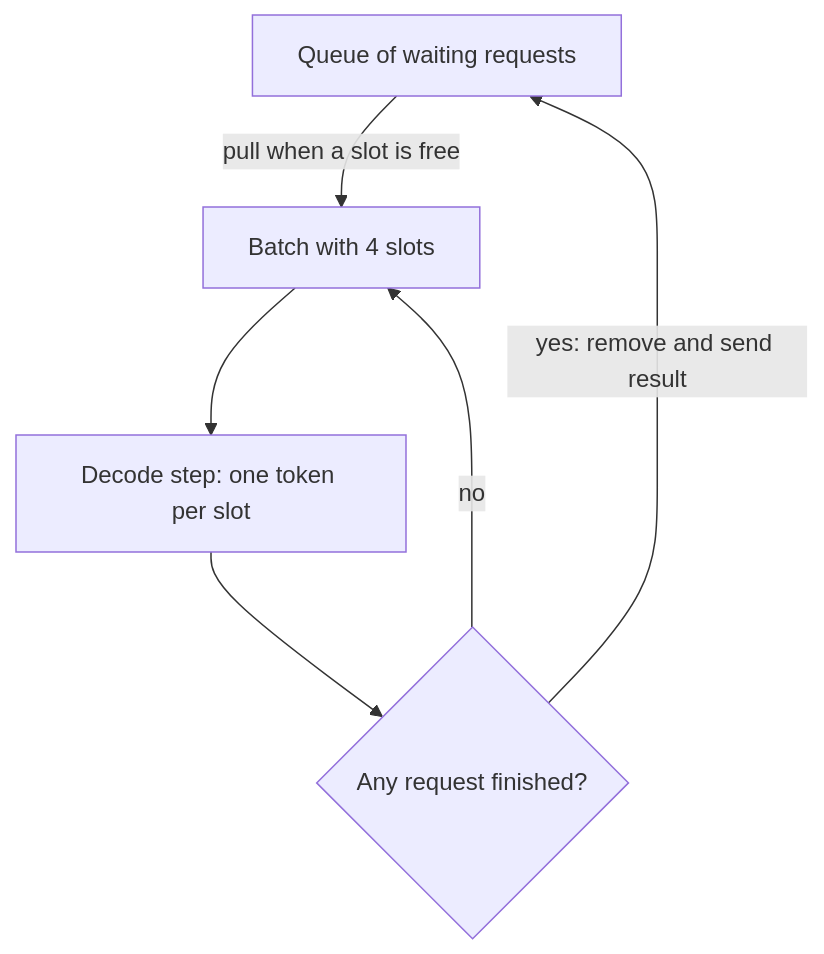
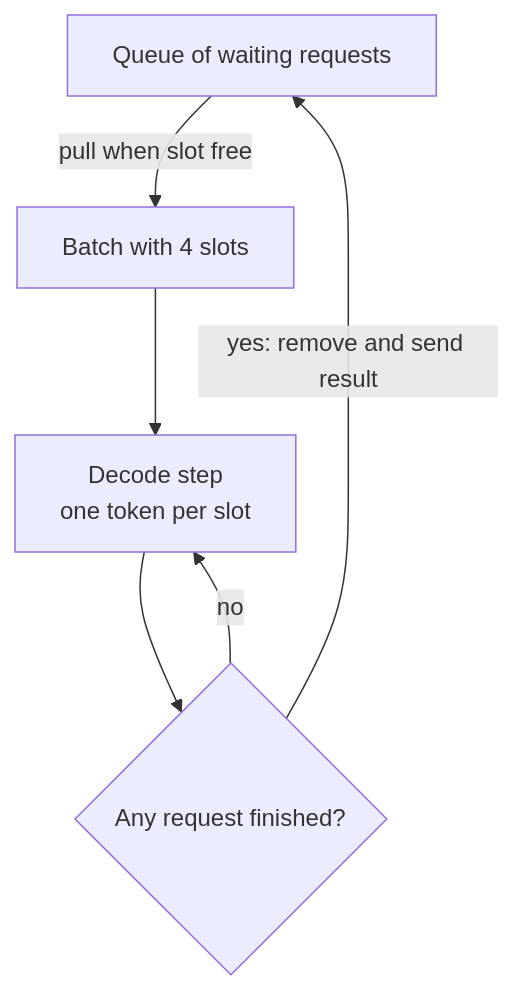
One commit to kaisarnajar/outcome-school-blogs changed the diagram in notes/step-12-llm-inference-engineering/153-continuous-batching-in-llms.md. Above: the diagram before and after it, drawn with Mermaid. The commit also changed other lines of this file and 233 other files, not shown here.

````diff
--- a/notes/step-12-llm-inference-engineering/153-continuous-batching-in-llms.md
+++ b/notes/step-12-llm-inference-engineering/153-continuous-batching-in-llms.md
@@ -46,8 +32,8 @@
 ```mermaid
 flowchart TD
-    Q["Queue of waiting requests"] -->|"pull when a slot is free"| B["Batch with 4 slots"]
-    B --> D["Decode step: one token per slot"]
-    D --> C{"Any request finished?"}
-    C -->|"yes: remove and send result"| Q
-    C -->|"no"| B
+    Q1["Queue of waiting requests"] -->|"pull when slot free"| B1["Batch with 4 slots"]
+    B1 --> D1["Decode step<br/>one token per slot"]
+    D1 --> C1{"Any request finished?"}
+    C1 -->|"yes: remove and send result"| Q1
+    C1 -->|"no"| D1
 ```
````
